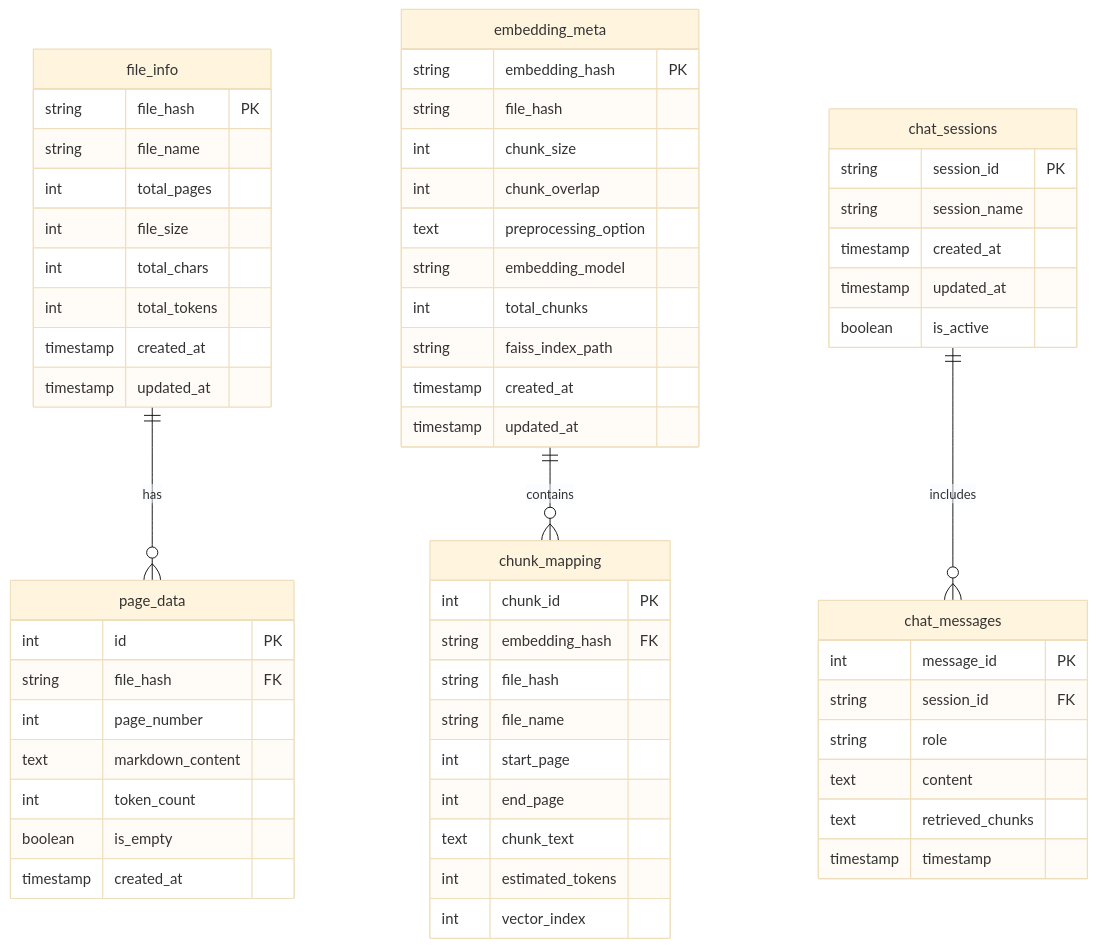
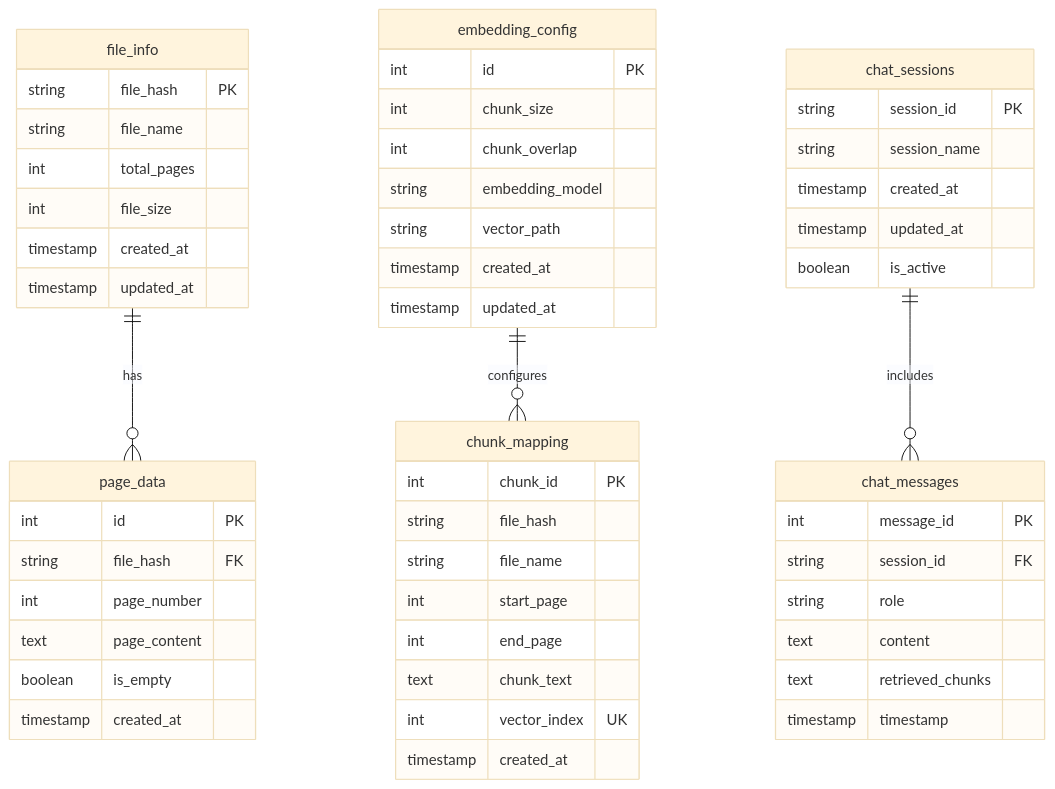
The ninth of 11 diagrams in docs/doc/시스템_아키텍처_설계서.md (c0z0c/codeit_ai_g2b_search), drawn with Mermaid (base theme) before and after one commit. The commit also changed other lines of this file and 7 other files, not shown here.

````diff
--- a/docs/doc/시스템_아키텍처_설계서.md
+++ b/docs/doc/시스템_아키텍처_설계서.md
@@ -914,65 +924,58 @@
 ```mermaid
 erDiagram
     file_info ||--o{ page_data : "has"
     file_info {
         string file_hash PK
         string file_name
         int total_pages
         int file_size
-        int total_chars
-        int total_tokens
         timestamp created_at
         timestamp updated_at
     }
     page_data {
         int id PK
         string file_hash FK
         int page_number
-        text markdown_content
-        int token_count
+        text page_content
         boolean is_empty
         timestamp created_at
     }
 
-    embedding_meta ||--o{ chunk_mapping : "contains"
-    embedding_meta {
-        string embedding_hash PK
-        string file_hash
+    embedding_config ||--o{ chunk_mapping : "configures"
+    embedding_config {
+        int id PK
         int chunk_size
         int chunk_overlap
-        text preprocessing_option
         string embedding_model
-        int total_chunks
-        string faiss_index_path
+        string vector_path
         timestamp created_at
         timestamp updated_at
     }
     chunk_mapping {
         int chunk_id PK
-        string embedding_hash FK
         string file_hash
         string file_name
         int start_page
         int end_page
         text chunk_text
-        int estimated_tokens
-        int vector_index
+        int vector_index UK
+        timestamp created_at
     }
 
     chat_sessions ||--o{ chat_messages : "includes"
     chat_sessions {
         string session_id PK
         string session_name
         timestamp created_at
         timestamp updated_at
         boolean is_active
     }
     chat_messages {
         int message_id PK
         string session_id FK
         string role
         text content
         text retrieved_chunks
         timestamp timestamp
     }
 ```
````
